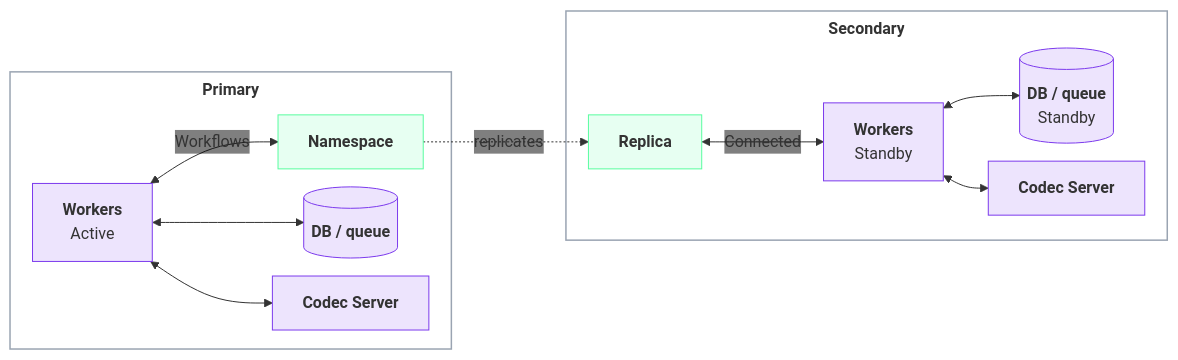
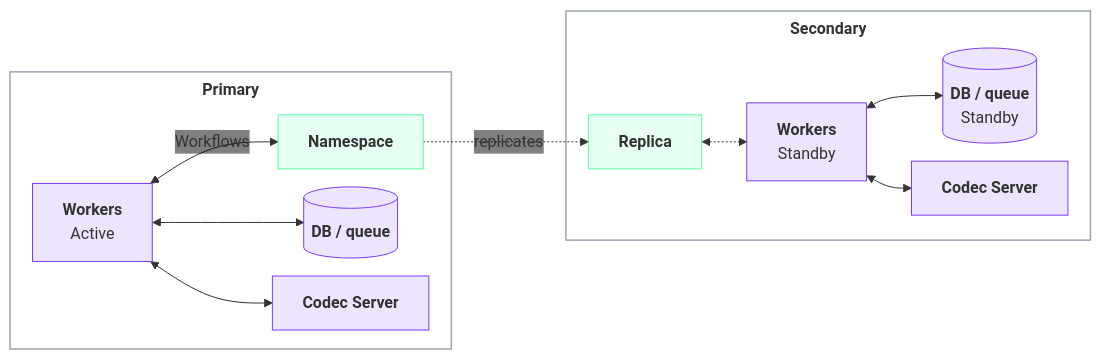
One commit to temporalio/documentation changed diagram 16 of 23 in docs/cloud/high-availability/architecture-patterns.mdx. Above: the diagram before and after it, drawn with Mermaid. The commit also changed other lines of this file, not shown here.

````diff
--- a/docs/cloud/high-availability/architecture-patterns.mdx
+++ b/docs/cloud/high-availability/architecture-patterns.mdx
@@ -571,29 +571,29 @@
 ```mermaid
 %%{init: {'themeVariables':{'fontFamily':'Inter, ui-sans-serif, system-ui, sans-serif','edgeLabelBackground':'transparent'},'flowchart':{'nodeSpacing':18,'rankSpacing':45,'curve':'basis','subGraphTitleMargin':{'top':6,'bottom':12}}}}%%
 flowchart LR
     classDef worker fill:#7C3AED22,stroke:#7C3AED,stroke-width:1px;
     classDef ns fill:#59FDA024,stroke:#59FDA0,stroke-width:1px;
     classDef ext fill:#7C3AED22,stroke:#7C3AED,stroke-width:1px;
     classDef region fill:transparent,stroke:#9aa4b2,stroke-width:1.5px;
     classDef pool fill:transparent,stroke:#c2c8d2,stroke-width:1px;
     subgraph DHNPRI["<b>Primary</b>"]
       DHNWP["<b>Workers</b><br/>Active"]:::worker
       DHNNS["<b>Namespace</b>"]:::ns
       DHNDB[("<b>DB / queue</b>")]:::ext
       DHNCODEC["<b>Codec Server</b>"]:::ext
       DHNWP <-->|Workflows| DHNNS
       DHNWP <--> DHNDB
       DHNWP <--> DHNCODEC
     end
     subgraph DHNSEC["<b>Secondary</b>"]
       DHNR["<b>Replica</b>"]:::ns
       DHNWP2["<b>Workers</b><br/>Standby"]:::worker
       DHNDB2[("<b>DB / queue</b><br/>Standby")]:::ext
       DHNCODEC2["<b>Codec Server</b>"]:::ext
-      DHNR <-->|"Connected"| DHNWP2
+      DHNR <-.-> DHNWP2
       DHNWP2 <--> DHNDB2
       DHNWP2 <--> DHNCODEC2
     end
     DHNNS -. replicates .-> DHNR
     class DHNPRI,DHNSEC region
 ```
````
